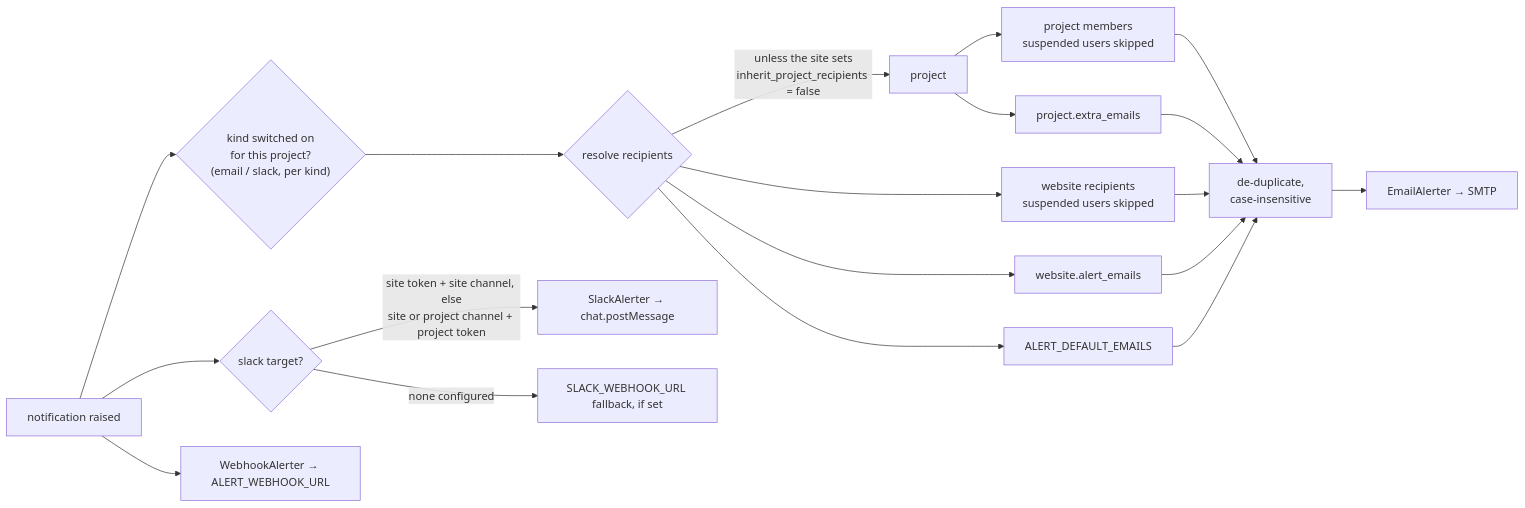
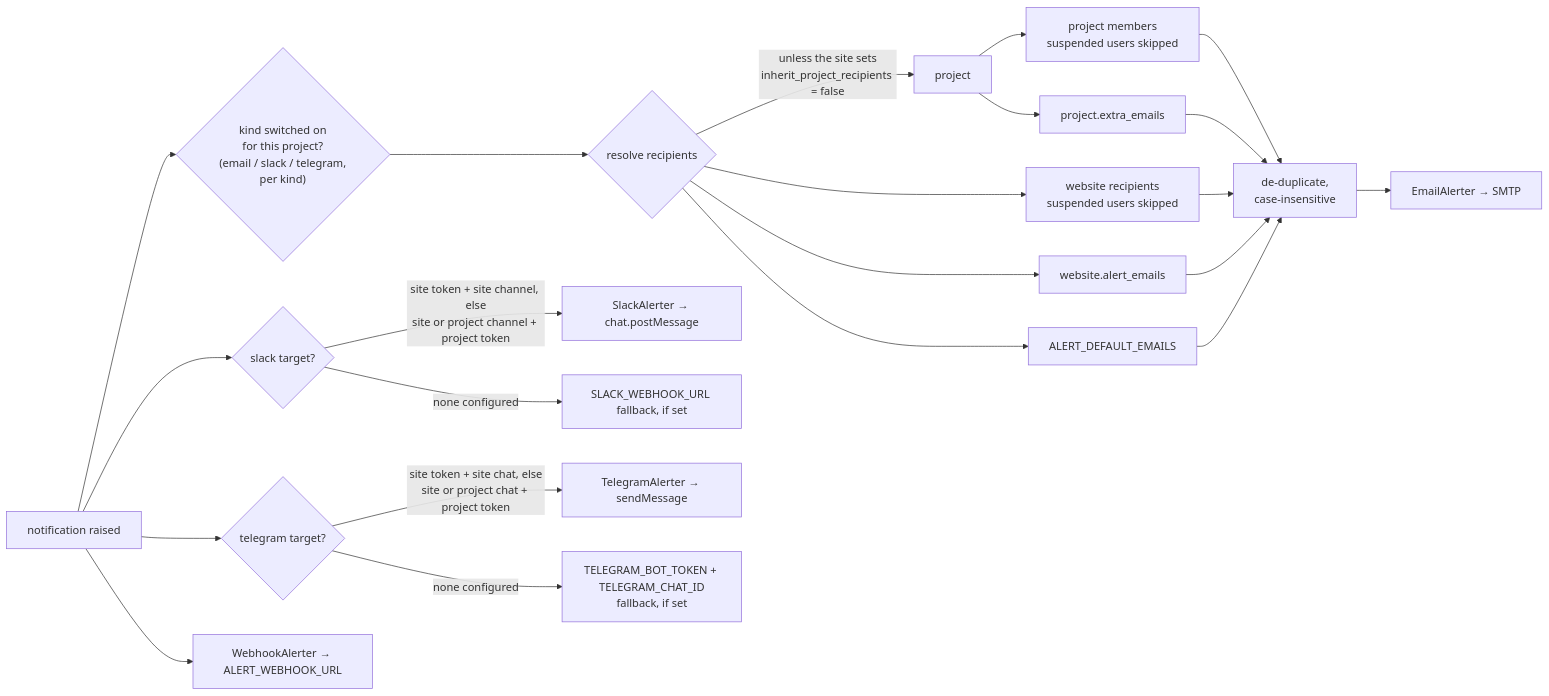
Before and after one commit to TahjibNil75/watchly: the sixth of 6 diagrams in doc/hld.md, drawn with Mermaid. The commit also changed other lines of this file and 40 other files, not shown here.

Commit message:
feat: added telegram bot

````diff
--- a/doc/hld.md
+++ b/doc/hld.md
@@ -442,19 +456,23 @@
 ```mermaid
 flowchart LR
-    E["notification raised"] --> T{"kind switched on<br/>for this project?<br/>(email / slack, per kind)"}
+    E["notification raised"] --> T{"kind switched on<br/>for this project?<br/>(email / slack / telegram,<br/>per kind)"}
     T --> R{"resolve recipients"}
     R -->|"unless the site sets<br/>inherit_project_recipients = false"| P["project"]
     P --> M["project members<br/>suspended users skipped"]
     P --> PE["project.extra_emails"]
     R --> SU["website recipients<br/>suspended users skipped"]
     R --> SE["website.alert_emails"]
     R --> GE["ALERT_DEFAULT_EMAILS"]
     M & PE & SU & SE & GE --> D["de-duplicate,<br/>case-insensitive"]
     D --> EM["EmailAlerter → SMTP"]
 
     E --> S{"slack target?"}
     S -->|"site token + site channel, else<br/>site or project channel + project token"| SL["SlackAlerter → chat.postMessage"]
     S -->|"none configured"| FB["SLACK_WEBHOOK_URL fallback, if set"]
 
+    E --> TG{"telegram target?"}
+    TG -->|"site token + site chat, else<br/>site or project chat + project token"| TGA["TelegramAlerter → sendMessage"]
+    TG -->|"none configured"| TFB["TELEGRAM_BOT_TOKEN + TELEGRAM_CHAT_ID<br/>fallback, if set"]
+
     E --> WH["WebhookAlerter → ALERT_WEBHOOK_URL"]
 ```
````
